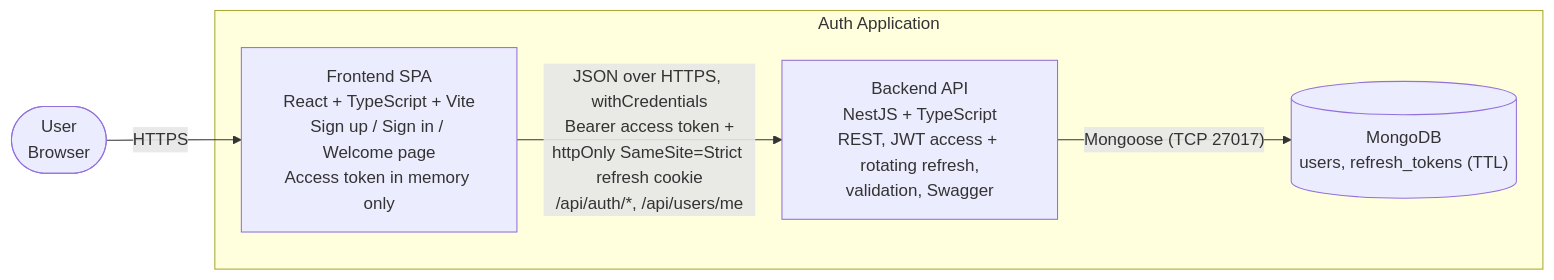
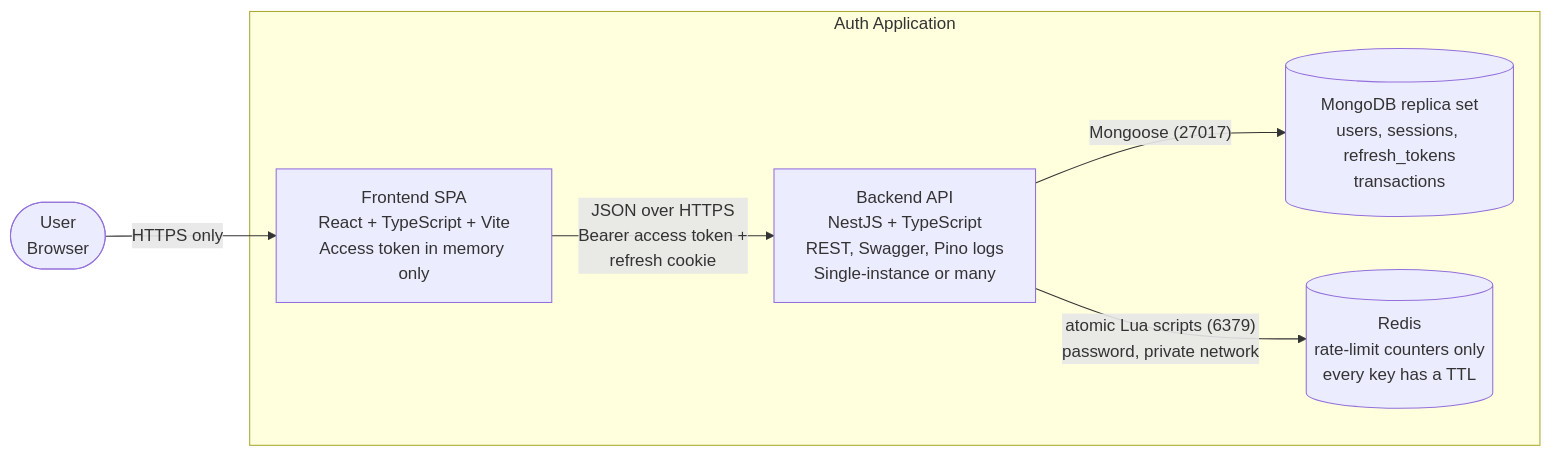
One commit to Rowan-habashy/easyGenerator-auth changed the diagram in docs/architecture/c2-container.md. Above: the diagram before and after it, drawn with Mermaid. The commit also changed other lines of this file and 3 other files, not shown here.

Commit message:
Update on design architecture

````diff
--- a/docs/architecture/c2-container.md
+++ b/docs/architecture/c2-container.md
@@ -3,14 +3,16 @@
 ```mermaid
 flowchart LR
     user([User<br/>Browser])
 
     subgraph system[Auth Application]
-        spa["Frontend SPA<br/>React + TypeScript + Vite<br/>Sign up / Sign in / Welcome page<br/>Access token in memory only"]
-        api["Backend API<br/>NestJS + TypeScript<br/>REST, JWT access + rotating refresh,<br/>validation, Swagger"]
-        db[("MongoDB<br/>users, refresh_tokens (TTL)")]
+        spa["Frontend SPA<br/>React + TypeScript + Vite<br/>Access token in memory only"]
+        api["Backend API<br/>NestJS + TypeScript<br/>REST, Swagger, Pino logs<br/>Single-instance or many"]
+        db[("MongoDB replica set<br/>users, sessions, refresh_tokens<br/>transactions")]
+        redis[("Redis<br/>rate-limit counters only<br/>every key has a TTL")]
     end
 
-    user -- "HTTPS" --> spa
-    spa -- "JSON over HTTPS, withCredentials<br/>Bearer access token +<br/>httpOnly SameSite=Strict refresh cookie<br/>/api/auth/*, /api/users/me" --> api
-    api -- "Mongoose (TCP 27017)" --> db
+    user -- "HTTPS only" --> spa
+    spa -- "JSON over HTTPS<br/>Bearer access token +<br/>refresh cookie" --> api
+    api -- "Mongoose (27017)" --> db
+    api -- "atomic Lua scripts (6379)<br/>password, private network" --> redis
 ```
````
